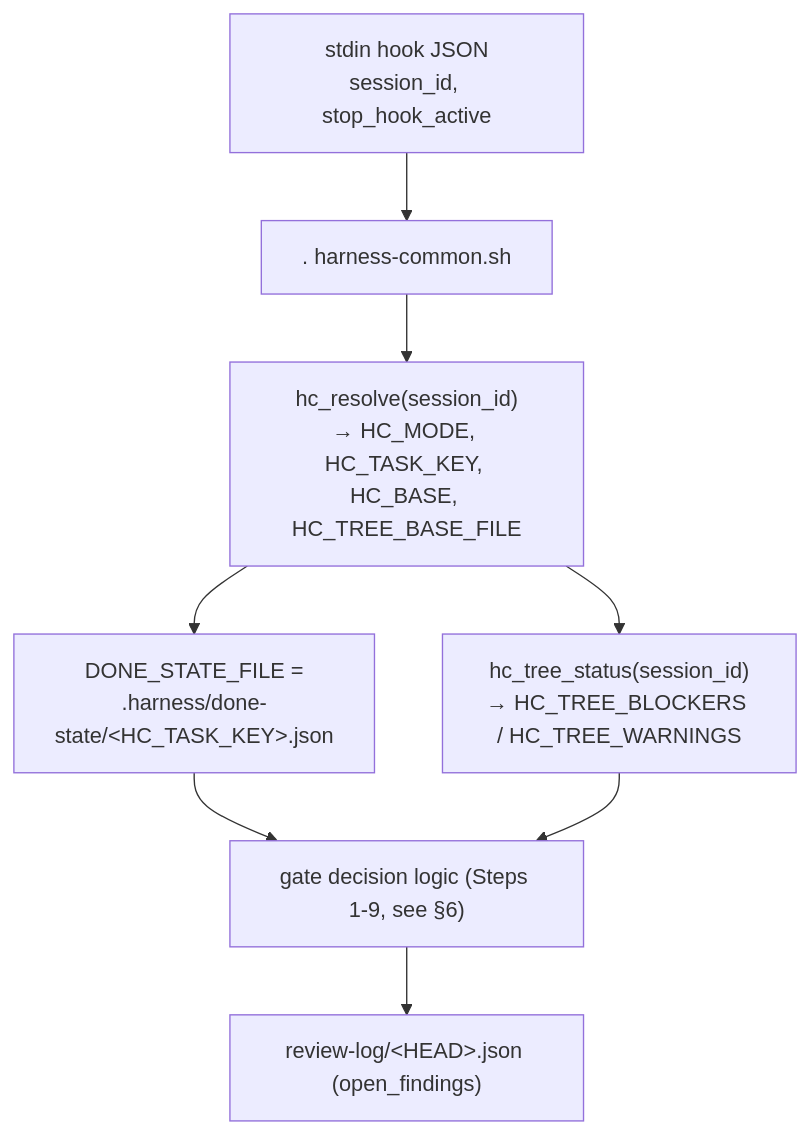
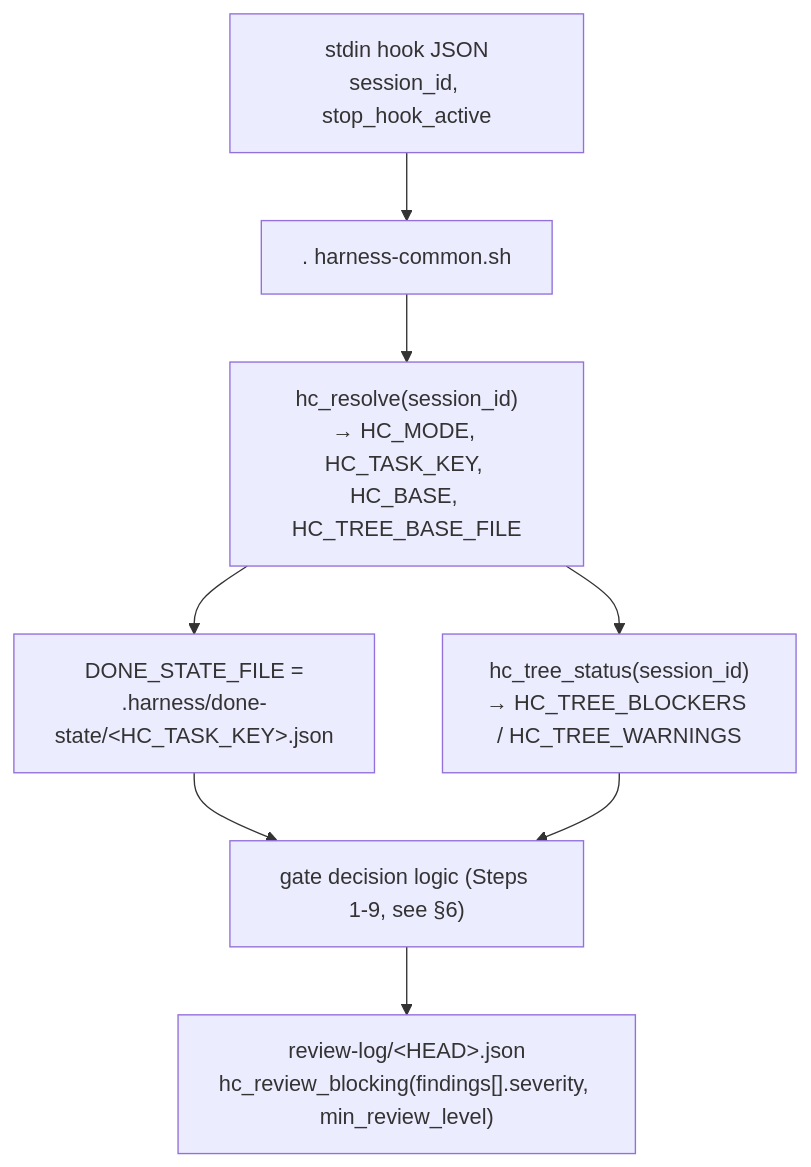
The fourth of 10 diagrams in docs/architecture.md (pehota/harlo), drawn with Mermaid before and after one commit. The commit also changed other lines of this file and 1 other file, not shown here.

First line of the commit message:
docs(harness): sync design + architecture to severity-gated review

````diff
--- a/docs/architecture.md
+++ b/docs/architecture.md
@@ -201,10 +201,10 @@
 ```mermaid
 flowchart TD
   IN["stdin hook JSON<br/>session_id, stop_hook_active"] --> SRC[". harness-common.sh"]
   SRC --> R["hc_resolve(session_id)<br/>→ HC_MODE, HC_TASK_KEY, HC_BASE, HC_TREE_BASE_FILE"]
   R --> KEY["DONE_STATE_FILE =<br/>.harness/done-state/&lt;HC_TASK_KEY&gt;.json"]
   R --> T["hc_tree_status(session_id)<br/>→ HC_TREE_BLOCKERS / HC_TREE_WARNINGS"]
   KEY --> DEC["gate decision logic (Steps 1-9, see §6)"]
   T --> DEC
-  DEC --> RL["review-log/&lt;HEAD&gt;.json (open_findings)"]
+  DEC --> RL["review-log/&lt;HEAD&gt;.json<br/>hc_review_blocking(findings[].severity, min_review_level)"]
 ```
````
